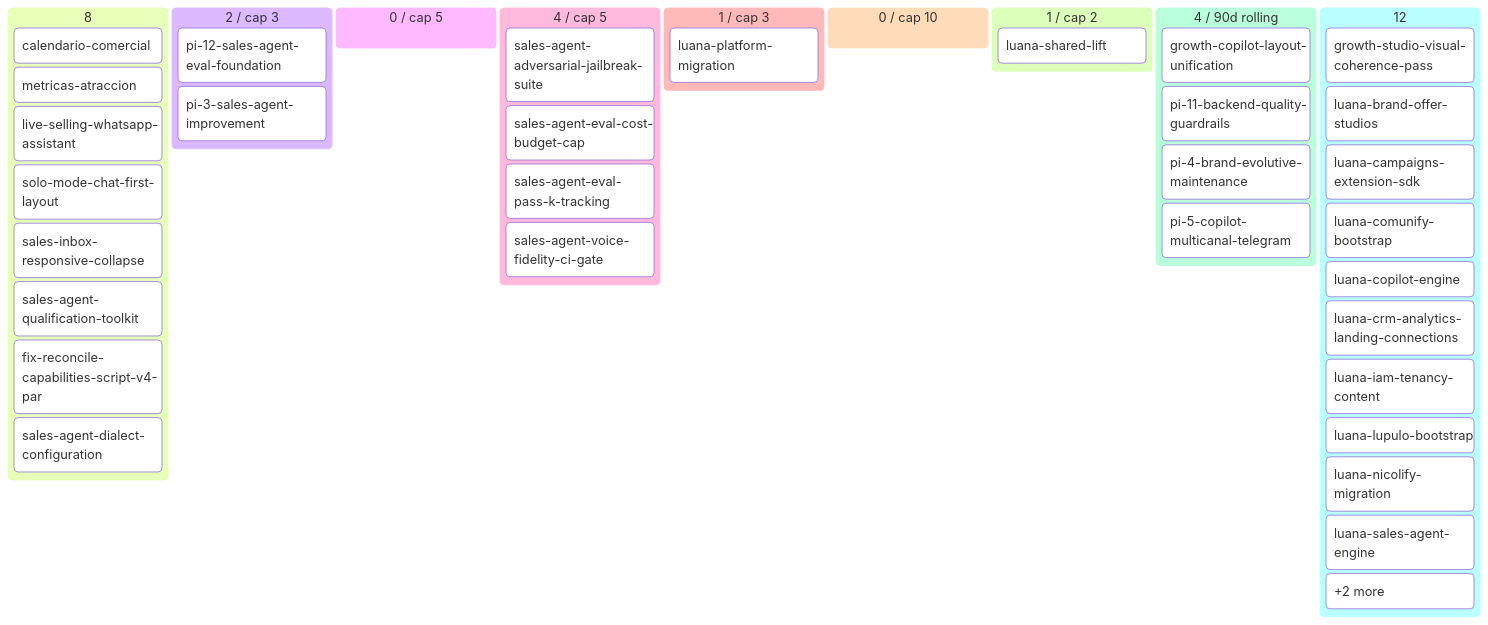
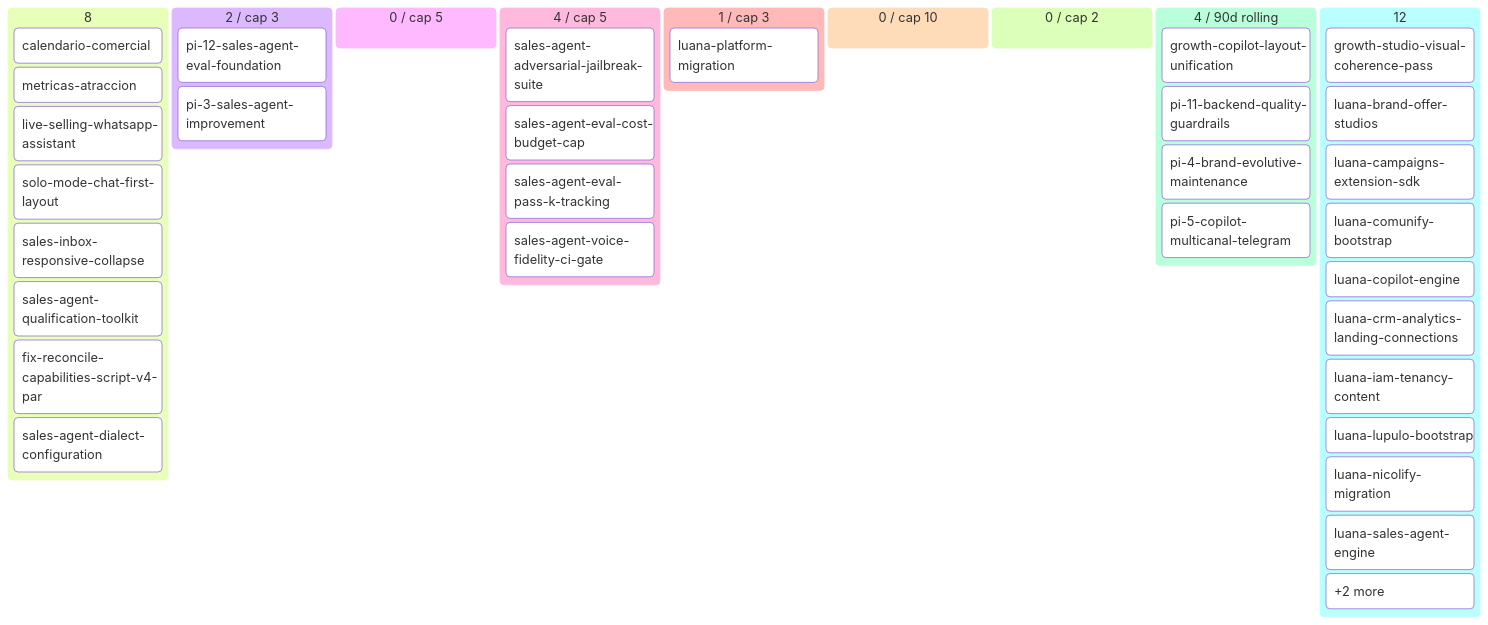
The diagram in docs/product/BACKLOG.md (alpacapurpura/ap_sales_agent), drawn with Mermaid before and after one commit. The commit also changed other lines of this file and 14 other files, not shown here.

First line of the commit message:
feat(luana-platform): close Story 2 luana-shared-lift DONE + archive

````diff
--- a/docs/product/BACKLOG.md
+++ b/docs/product/BACKLOG.md
@@ -69,43 +69,42 @@
 ```mermaid
 kanban
   💡 Ideas (8)
     calendario-comercial[calendario-comercial]
     metricas-atraccion[metricas-atraccion]
     live-selling-whatsapp-assistan[live-selling-whatsapp-assistant]
     solo-mode-chat-first-layout[solo-mode-chat-first-layout]
     sales-inbox-responsive-collaps[sales-inbox-responsive-collapse]
     sales-agent-qualification-tool[sales-agent-qualification-toolkit]
     fix-reconcile-capabilities-scr[fix-reconcile-capabilities-script-v4-par]
     sales-agent-dialect-configurat[sales-agent-dialect-configuration]
   🔬 Refining (2 / cap 3)
     pi-12-sales-agent-eval-foundat[pi-12-sales-agent-eval-foundation]
     pi-3-sales-agent-improvement[pi-3-sales-agent-improvement]
   ✅ Refined (0 / cap 5)
   📦 Ready (4 / cap 5)
     sales-agent-adversarial-jailbr[sales-agent-adversarial-jailbreak-suite]
     sales-agent-eval-cost-budget-c[sales-agent-eval-cost-budget-cap]
     sales-agent-eval-pass-k-tracki[sales-agent-eval-pass-k-tracking]
     sales-agent-voice-fidelity-ci-[sales-agent-voice-fidelity-ci-gate]
   🔨 Developing (1 / cap 3)
     luana-platform-migration[luana-platform-migration]
   🧪 Developed (0 / cap 10)
-  🔍 Reviewing (1 / cap 2)
-    luana-shared-lift[luana-shared-lift]
+  🔍 Reviewing (0 / cap 2)
   ✅ Done (4 / 90d rolling)
     growth-copilot-layout-unificat[growth-copilot-layout-unification]
     pi-11-backend-quality-guardrai[pi-11-backend-quality-guardrails]
     pi-4-brand-evolutive-maintenan[pi-4-brand-evolutive-maintenance]
     pi-5-copilot-multicanal-telegr[pi-5-copilot-multicanal-telegram]
   🅿 Parked (12)
     growth-studio-visual-coherence[growth-studio-visual-coherence-pass]
     luana-brand-offer-studios[luana-brand-offer-studios]
     luana-campaigns-extension-sdk[luana-campaigns-extension-sdk]
     luana-comunify-bootstrap[luana-comunify-bootstrap]
     luana-copilot-engine[luana-copilot-engine]
     luana-crm-analytics-landing-co[luana-crm-analytics-landing-connections]
     luana-iam-tenancy-content[luana-iam-tenancy-content]
     luana-lupulo-bootstrap[luana-lupulo-bootstrap]
     luana-nicolify-migration[luana-nicolify-migration]
     luana-sales-agent-engine[luana-sales-agent-engine]
     overflow-🅿 Parked[+2 more]
 ```
````
